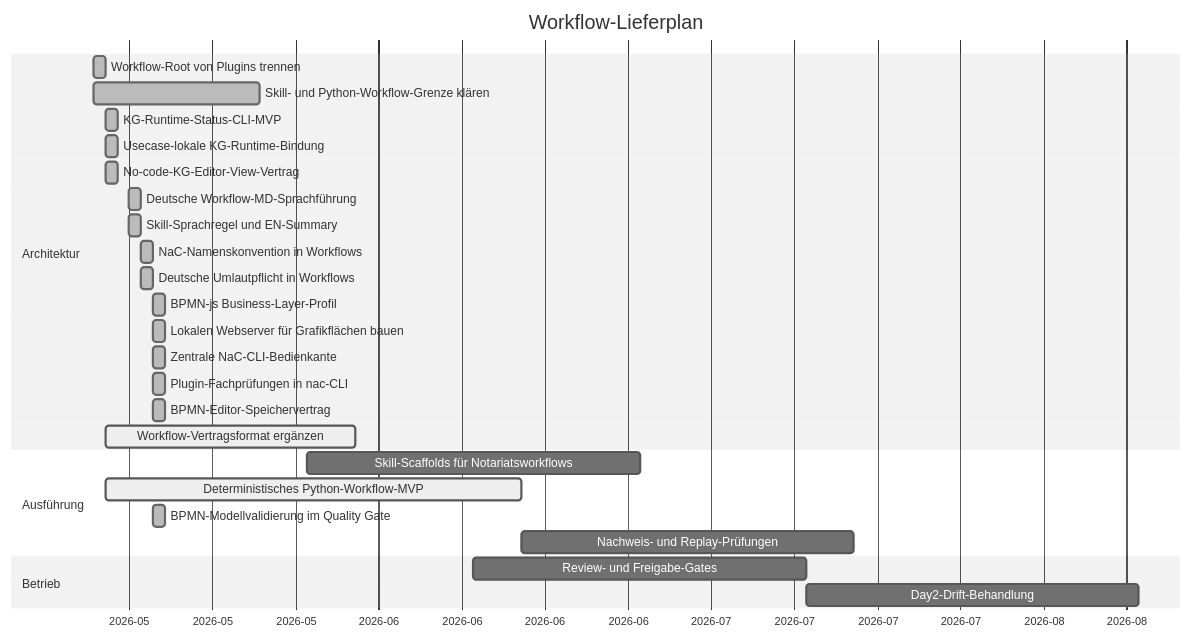
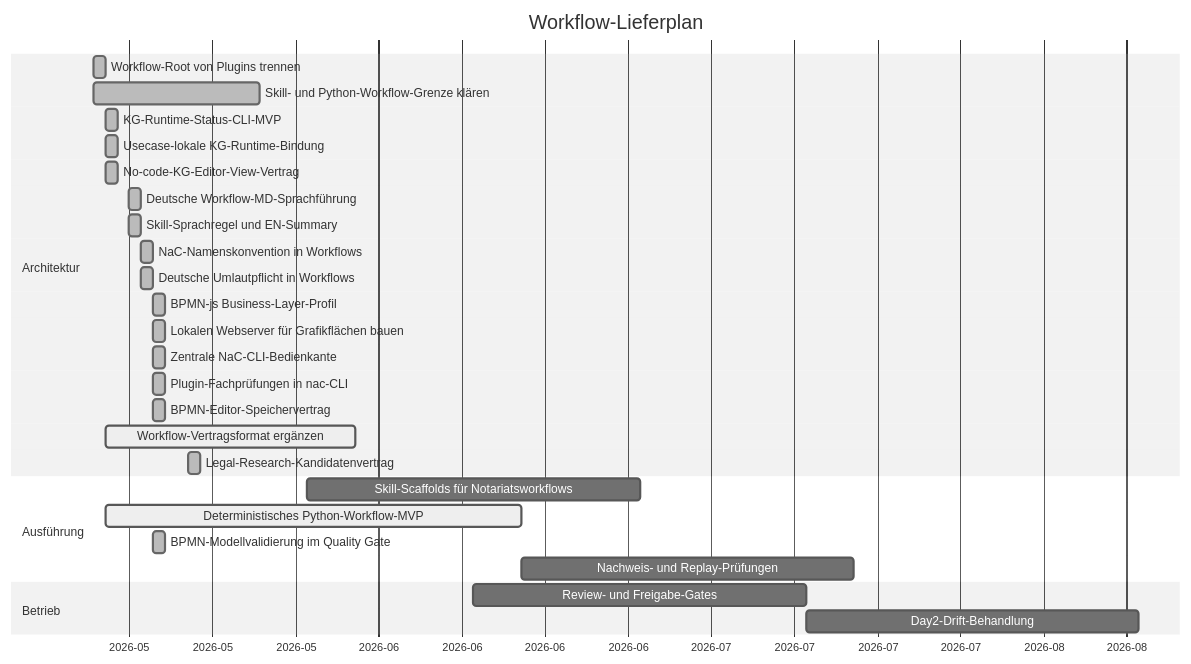
One commit to notariat8/NaC changed the diagram in workflows/GANTT.md. Above: the diagram before and after it, drawn with Mermaid (neutral theme). The commit also changed other lines of this file and 20 other files, not shown here.

Commit message:
feat: add legal research connector backlog

````diff
--- a/workflows/GANTT.md
+++ b/workflows/GANTT.md
@@ -5,33 +5,34 @@
 ```mermaid
 gantt
     title Workflow-Lieferplan
     dateFormat  YYYY-MM-DD
     axisFormat  %Y-%m
 
     section Architektur
     Workflow-Root von Plugins trennen          :done,   w1, 2026-05-14, 1d
     Skill- und Python-Workflow-Grenze klären  :done,   w2, 2026-05-14, 14d
     KG-Runtime-Status-CLI-MVP                  :done,   w3, 2026-05-15, 1d
     Usecase-lokale KG-Runtime-Bindung          :done,   w3a, 2026-05-15, 1d
     No-code-KG-Editor-View-Vertrag             :done,   w4a, 2026-05-15, 1d
     Deutsche Workflow-MD-Sprachführung        :done,   w4b, 2026-05-17, 1d
     Skill-Sprachregel und EN-Summary            :done,   w4c, 2026-05-17, 1d
     NaC-Namenskonvention in Workflows           :done,   w4d, 2026-05-18, 1d
     Deutsche Umlautpflicht in Workflows         :done,   w4e, 2026-05-18, 1d
     BPMN-js Business-Layer-Profil               :done,   w4f, 2026-05-19, 1d
     Lokalen Webserver für Grafikflächen bauen  :done,   w4g, 2026-05-19, 1d
     Zentrale NaC-CLI-Bedienkante                :done,   w4h, 2026-05-19, 1d
     Plugin-Fachprüfungen in nac-CLI             :done,   w4i, 2026-05-19, 1d
     BPMN-Editor-Speichervertrag                 :done,   w4j, 2026-05-19, 1d
     Workflow-Vertragsformat ergänzen          :active, w4, 2026-05-15, 21d
+    Legal-Research-Kandidatenvertrag           :done,   w4k, 2026-05-22, 1d
 
     section Ausführung
     Skill-Scaffolds für Notariatsworkflows    :        w5, 2026-06-01, 28d
     Deterministisches Python-Workflow-MVP      :active, w6, 2026-05-15, 35d
     BPMN-Modellvalidierung im Quality Gate      :done,   w6a, 2026-05-19, 1d
     Nachweis- und Replay-Prüfungen            :        w7, after w6, 28d
 
     section Betrieb
     Review- und Freigabe-Gates                 :        w8, 2026-06-15, 28d
     Day2-Drift-Behandlung                      :        w9, after w8, 28d
 ```
````
